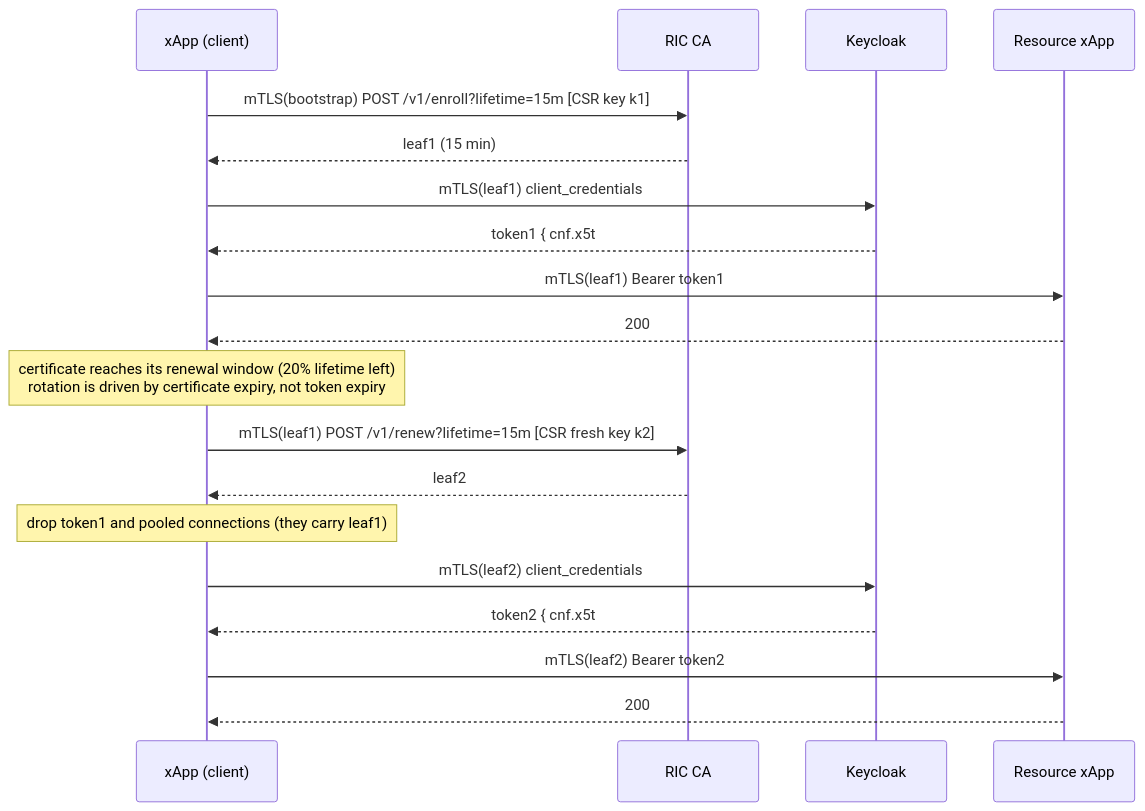
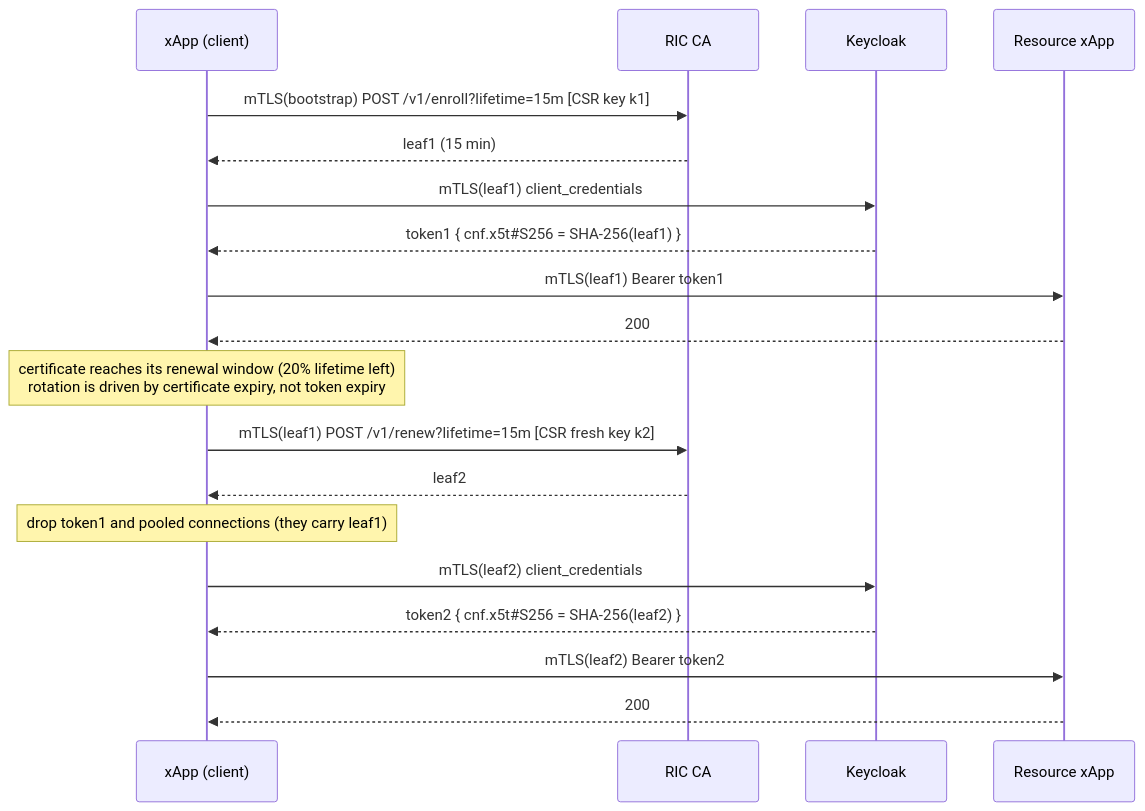
One commit to ashan2001ruh/O-RAN-PQC-Token-Binding changed the third of 4 diagrams in README.md. Above: the diagram before and after it, drawn with Mermaid. The commit also changed other lines of this file, not shown here.

````diff
--- a/README.md
+++ b/README.md
@@ -120,21 +120,21 @@
 ```mermaid
 sequenceDiagram
   participant X as xApp (client)
   participant CA as RIC CA
   participant KC as Keycloak
   participant R as Resource xApp
   X->>CA: mTLS(bootstrap) POST /v1/enroll?lifetime=15m  [CSR key k1]
   CA-->>X: leaf1 (15 min)
   X->>KC: mTLS(leaf1) client_credentials
-  KC-->>X: token1 { cnf.x5t#S256 = SHA-256(leaf1) }
+  KC-->>X: token1 { cnf.x5t#35;S256 = SHA-256(leaf1) }
   X->>R: mTLS(leaf1) Bearer token1
   R-->>X: 200
   Note over X: certificate reaches its renewal window (20% lifetime left)<br/>rotation is driven by certificate expiry, not token expiry
   X->>CA: mTLS(leaf1) POST /v1/renew?lifetime=15m  [CSR fresh key k2]
   CA-->>X: leaf2
   Note over X: drop token1 and pooled connections (they carry leaf1)
   X->>KC: mTLS(leaf2) client_credentials
-  KC-->>X: token2 { cnf.x5t#S256 = SHA-256(leaf2) }
+  KC-->>X: token2 { cnf.x5t#35;S256 = SHA-256(leaf2) }
   X->>R: mTLS(leaf2) Bearer token2
   R-->>X: 200
 ```
````
